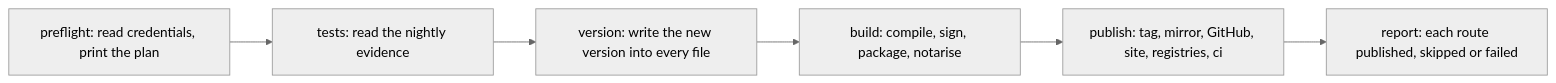
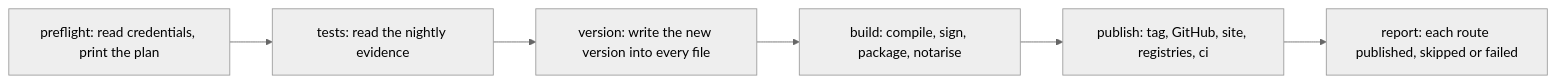
The diagram in packaging/README.md (Black-Rainbow-Labs/Inillucent), drawn with Mermaid (neutral theme) before and after one commit. The commit also changed other lines of this file and 195 other files, not shown here.

````diff
--- a/packaging/README.md
+++ b/packaging/README.md
@@ -66,8 +65,8 @@
 ```mermaid
 flowchart LR
     A["preflight: read credentials, print the plan"] --> B["tests: read the nightly evidence"]
     B --> C["version: write the new version into every file"]
     C --> D["build: compile, sign, package, notarise"]
-    D --> E["publish: tag, mirror, GitHub, site, registries, ci"]
+    D --> E["publish: tag, GitHub, site, registries, ci"]
     E --> F["report: each route published, skipped or failed"]
 ```
````
